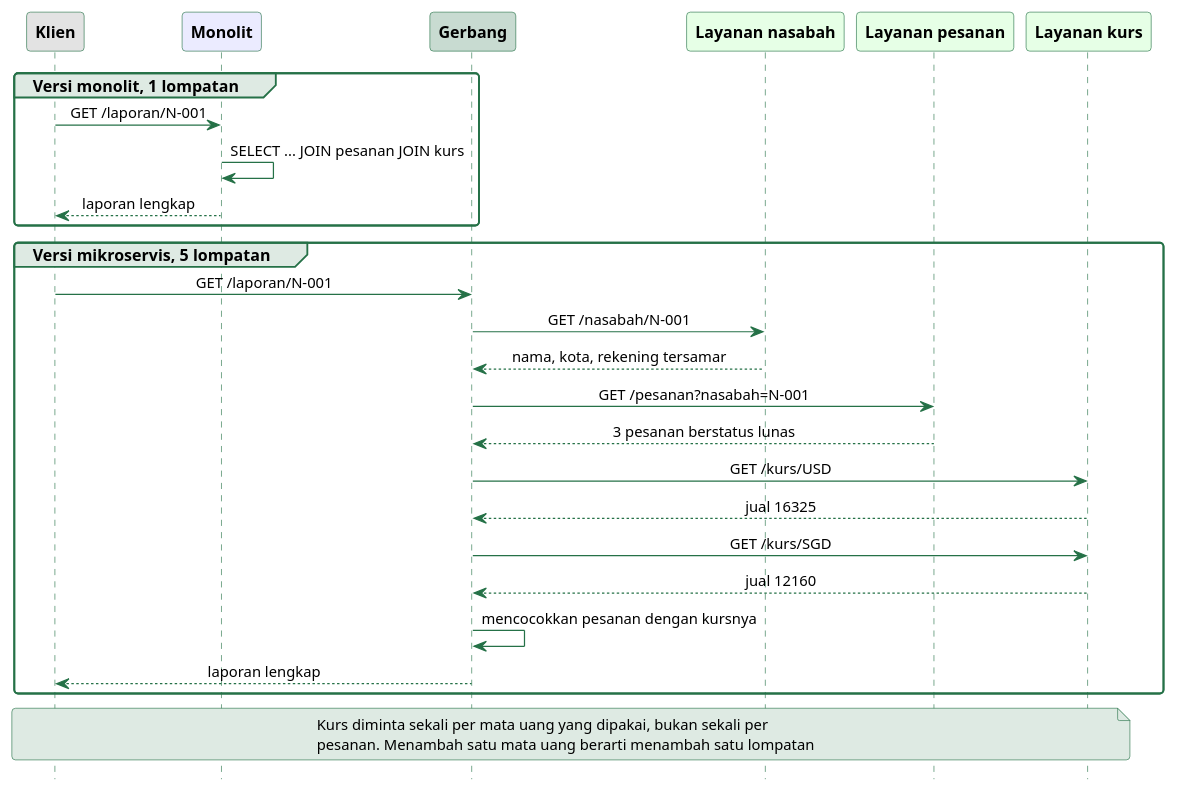
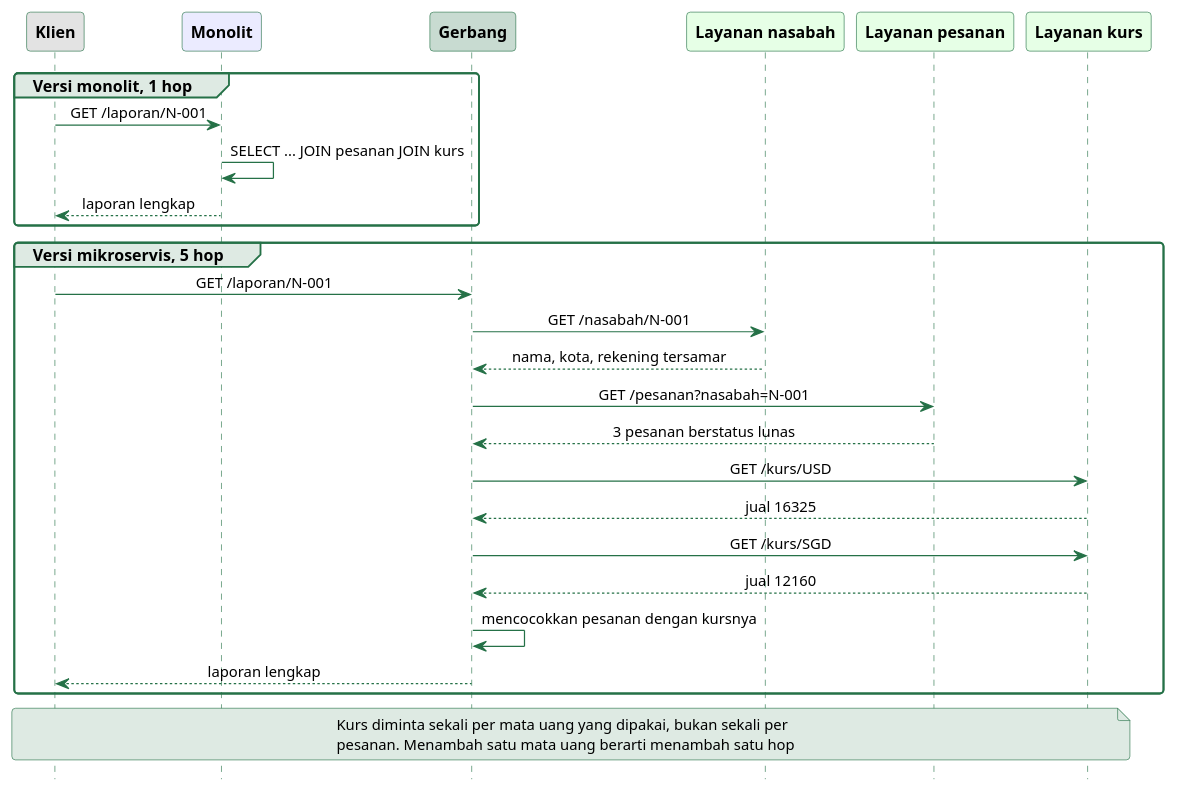
The diagram in sources/chapter13/diagram/sekuens-mikroservis.puml (alfa-yohannis/software-architecture), drawn with PlantUML before and after one commit. The commit also changed other lines of this file and 71 other files, not shown here.

```diff
--- a/sources/chapter13/diagram/sekuens-mikroservis.puml
+++ b/sources/chapter13/diagram/sekuens-mikroservis.puml
@@ -13,58 +13,58 @@
 @startuml
 skinparam backgroundColor transparent
 skinparam defaultFontName Titillium Web
 skinparam defaultFontSize 13
 skinparam shadowing false
 skinparam roundCorner 6
 skinparam sequenceMessageAlignment center
 skinparam sequence {
   ArrowColor #257147
   ArrowFontSize 12
   LifeLineBorderColor #257147
   LifeLineBackgroundColor #DEEAE3
   ParticipantBorderColor #257147
   ParticipantFontColor black
   ParticipantFontSize 13
   ParticipantFontStyle bold
   GroupBackgroundColor #DEEAE3
   GroupBorderColor #257147
 }
 skinparam note {
   BackgroundColor #DEEAE3
   BorderColor #257147
   FontSize 12
 }
 hide footbox
 
 participant Klien as K #E3E3E3
 participant Monolit as M #EBEBFF
 participant Gerbang as G #C8DBD1
 participant "Layanan nasabah" as N #E6FFE6
 participant "Layanan pesanan" as P #E6FFE6
 participant "Layanan kurs" as R #E6FFE6
 
-group Versi monolit, 1 lompatan
+group Versi monolit, 1 hop
   K -> M : GET /laporan/N-001
   M -> M : SELECT ... JOIN pesanan JOIN kurs
   M --> K : laporan lengkap
 end
 
-group Versi mikroservis, 5 lompatan
+group Versi mikroservis, 5 hop
   K -> G : GET /laporan/N-001
   G -> N : GET /nasabah/N-001
   N --> G : nama, kota, rekening tersamar
   G -> P : GET /pesanan?nasabah=N-001
   P --> G : 3 pesanan berstatus lunas
   G -> R : GET /kurs/USD
   R --> G : jual 16325
   G -> R : GET /kurs/SGD
   R --> G : jual 12160
   G -> G : mencocokkan pesanan dengan kursnya
   G --> K : laporan lengkap
 end
 
 note over K, R
   Kurs diminta sekali per mata uang yang dipakai, bukan sekali per
-  pesanan. Menambah satu mata uang berarti menambah satu lompatan
+  pesanan. Menambah satu mata uang berarti menambah satu hop
 end note
 @enduml
```
